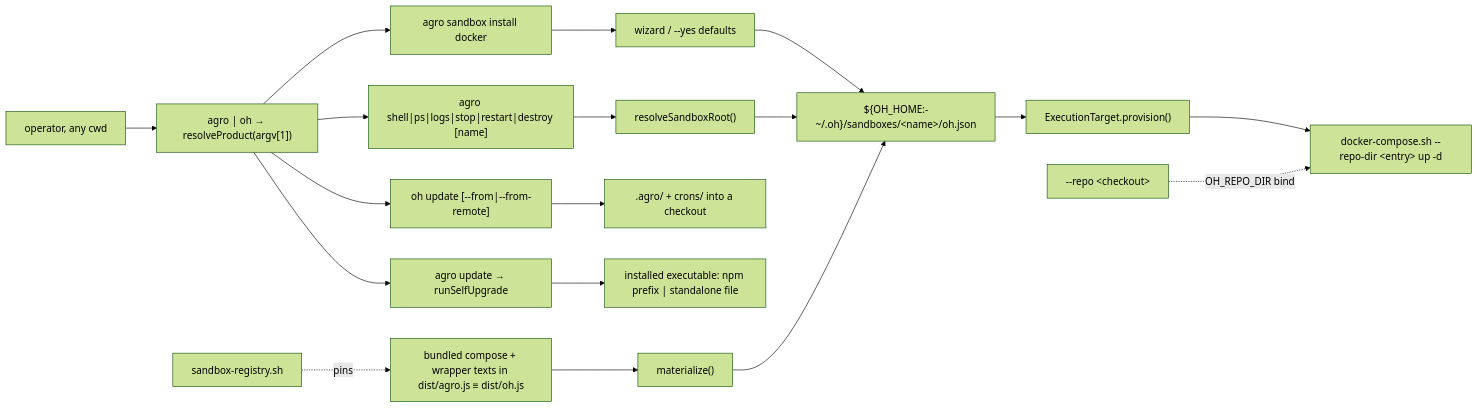
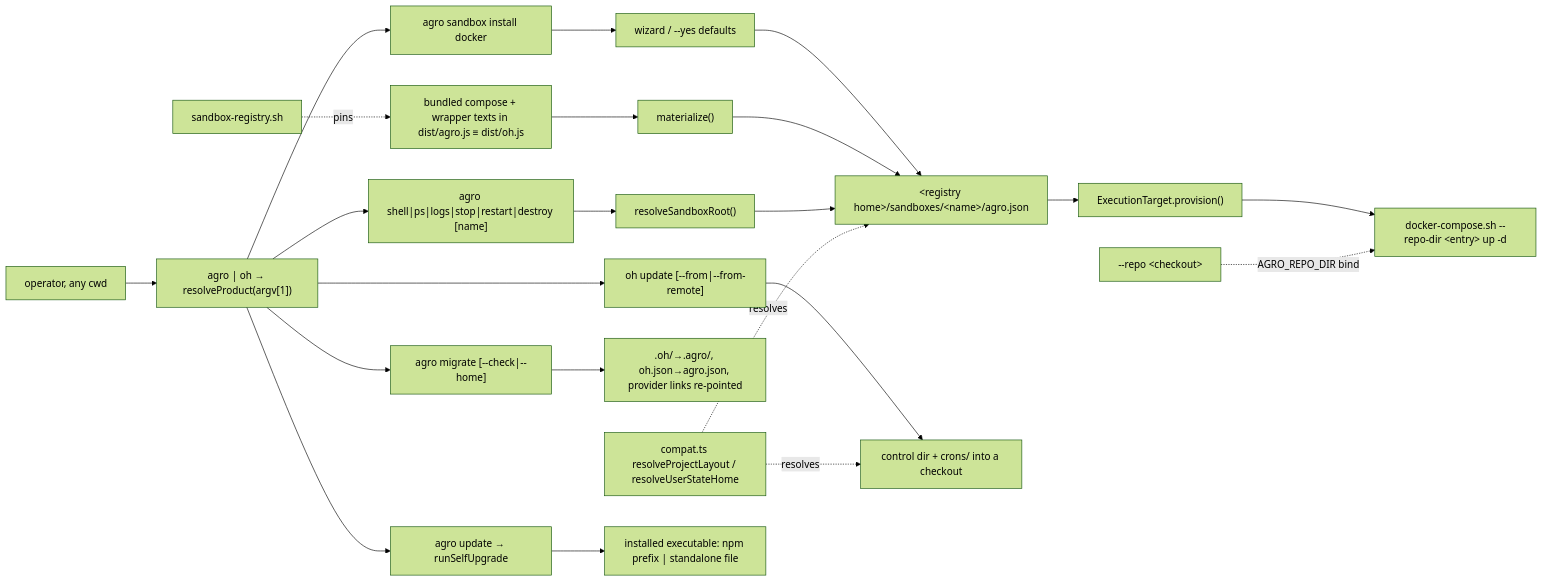
The diagram in .agro/knowledge/source/oh-cli-portable-lifecycle.md (ryaneggz/open-harness), drawn with Mermaid (forest theme) before and after one commit. The commit also changed other lines of this file and 13 other files, not shown here.

````diff
--- a/.agro/knowledge/source/oh-cli-portable-lifecycle.md
+++ b/.agro/knowledge/source/oh-cli-portable-lifecycle.md
@@ -93,13 +104,16 @@
 ```mermaid
 flowchart LR
   OP[operator, any cwd] --> RP["agro | oh → resolveProduct(argv[1])"]
   RP --> SI["agro sandbox install docker"]
-  SI --> WZ[wizard / --yes defaults] --> ENTRY["${OH_HOME:-~/.oh}/sandboxes/&lt;name&gt;/oh.json"]
+  SI --> WZ[wizard / --yes defaults] --> ENTRY["&lt;registry home&gt;/sandboxes/&lt;name&gt;/agro.json"]
   BUNDLE[bundled compose + wrapper texts in dist/agro.js ≡ dist/oh.js] --> MAT["materialize()"] --> ENTRY
   ENTRY --> PV["ExecutionTarget.provision()"] --> DC["docker-compose.sh --repo-dir &lt;entry&gt; up -d"]
-  REPO["--repo &lt;checkout&gt;"] -. OH_REPO_DIR bind .-> DC
+  REPO["--repo &lt;checkout&gt;"] -. AGRO_REPO_DIR bind .-> DC
   RP --> SH["agro shell|ps|logs|stop|restart|destroy [name]"] --> RS["resolveSandboxRoot()"] --> ENTRY
-  RP --> UP["oh update [--from|--from-remote]"] --> PAYLOAD[".agro/ + crons/ into a checkout"]
+  RP --> UP["oh update [--from|--from-remote]"] --> PAYLOAD["control dir + crons/ into a checkout"]
+  RP --> MG["agro migrate [--check|--home]"] --> MOVED[".oh/→.agro/, oh.json→agro.json, provider links re-pointed"]
+  CMP["compat.ts resolveProjectLayout / resolveUserStateHome"] -.resolves.-> ENTRY
+  CMP -.resolves.-> PAYLOAD
   RP --> SU["agro update → runSelfUpgrade"] --> EXE["installed executable: npm prefix | standalone file"]
   PROBE[sandbox-registry.sh] -.pins.-> BUNDLE
 ```
````
